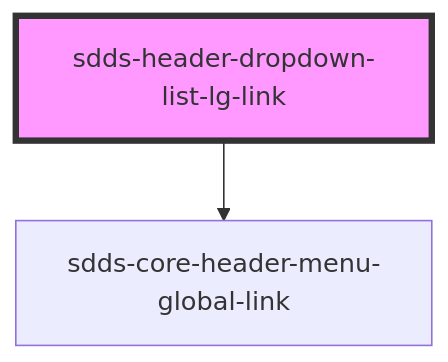
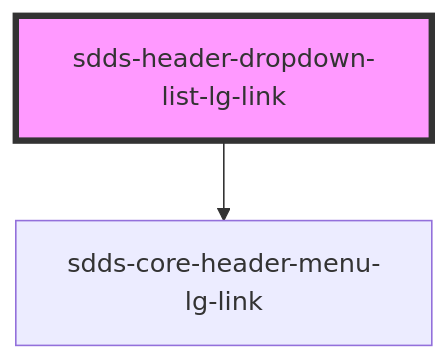
The diagram in tegel/src/components/header/webcomponent/header-dropdown-list-lg-link/readme.md (scania-digital-design-system/sdds), drawn with Mermaid before and after one commit. The commit also changed other lines of this file and 45 other files, not shown here.

````diff
--- a/tegel/src/components/header/webcomponent/header-dropdown-list-lg-link/readme.md
+++ b/tegel/src/components/header/webcomponent/header-dropdown-list-lg-link/readme.md
@@ -24,5 +24,5 @@
 ```mermaid
 graph TD;
-  sdds-header-dropdown-list-lg-link --> sdds-core-header-menu-global-link
+  sdds-header-dropdown-list-lg-link --> sdds-core-header-menu-lg-link
   style sdds-header-dropdown-list-lg-link fill:#f9f,stroke:#333,stroke-width:4px
 ```
````
